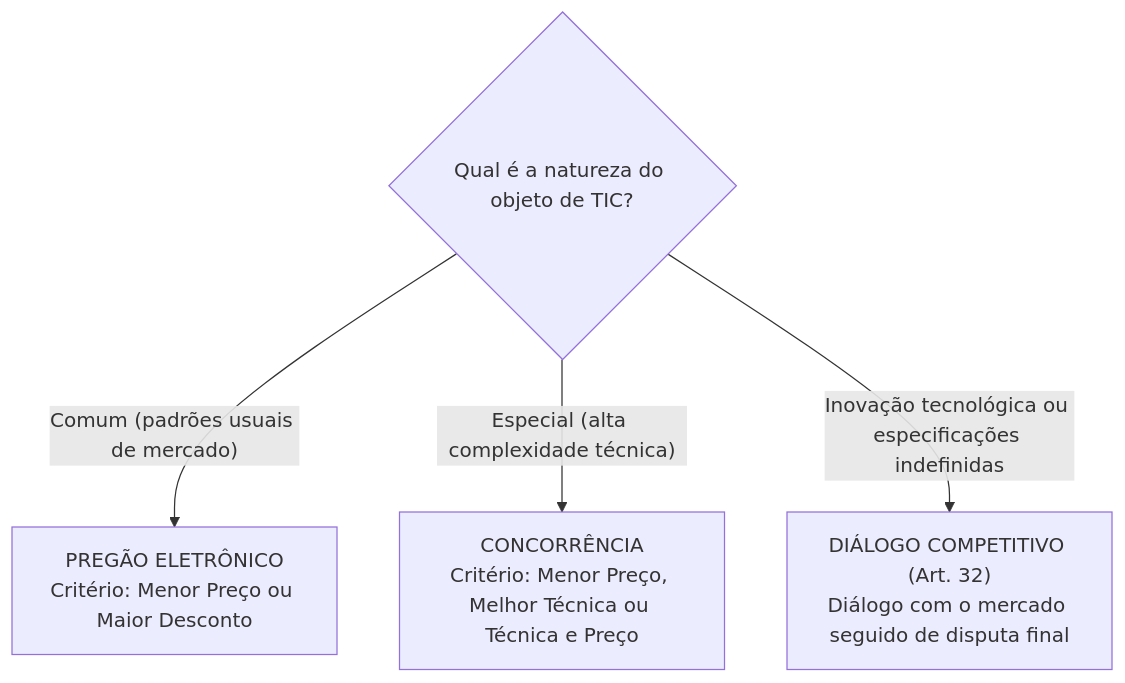
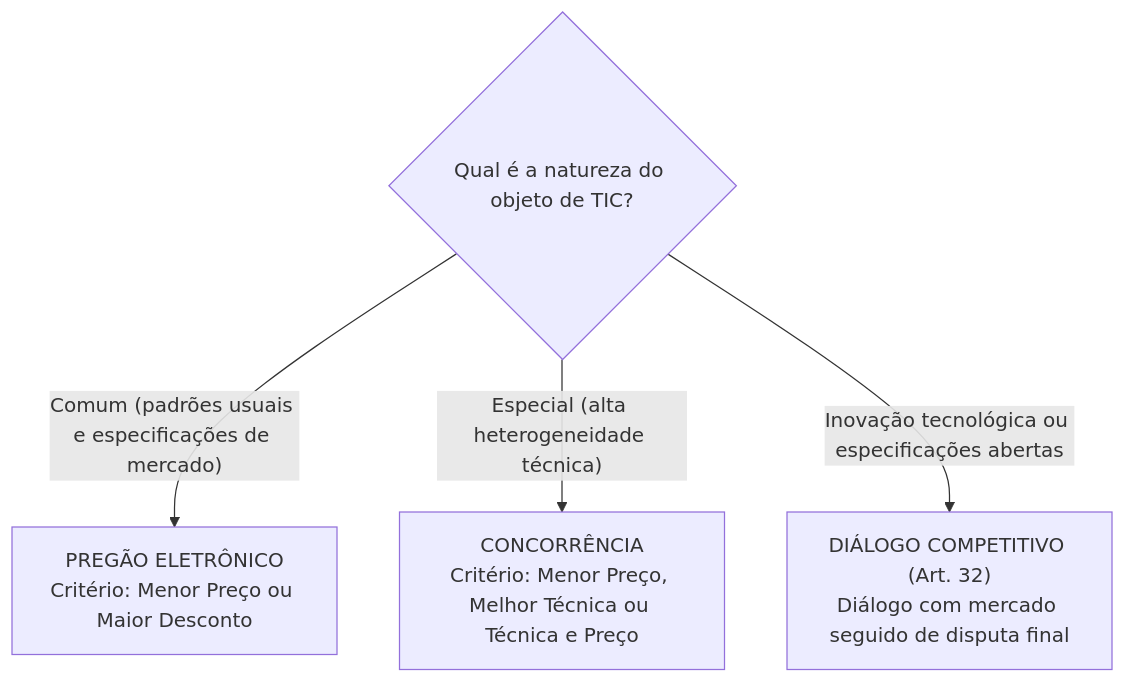
The third of 4 diagrams in fontes_de_estudo/conhecimentos_especificos_b02_ti/12_governanca_de_ti/04_contratacoes_de_tic_lei_14133_2021.md (thiagosantos346/TCE-GO-2027), drawn with Mermaid before and after one commit. The commit also changed other lines of this file and 119 other files, not shown here.

````diff
--- a/fontes_de_estudo/conhecimentos_especificos_b02_ti/12_governanca_de_ti/04_contratacoes_de_tic_lei_14133_2021.md
+++ b/fontes_de_estudo/conhecimentos_especificos_b02_ti/12_governanca_de_ti/04_contratacoes_de_tic_lei_14133_2021.md
@@ -166,8 +135,8 @@
 ```mermaid
 flowchart TD
     OBJETO{"Qual é a natureza do objeto de TIC?"}
     
-    OBJETO -- "Comum (padrões usuais de mercado)" --> PREGAO["PREGÃO ELETRÔNICO<br/>Critério: Menor Preço ou Maior Desconto"]
-    OBJETO -- "Especial (alta complexidade técnica)" --> CONC["CONCORRÊNCIA<br/>Critério: Menor Preço, Melhor Técnica ou Técnica e Preço"]
-    OBJETO -- "Inovação tecnológica ou especificações indefinidas" --> DIALOGO["DIÁLOGO COMPETITIVO (Art. 32)<br/>Diálogo com o mercado seguido de disputa final"]
+    OBJETO -- "Comum (padrões usuais e especificações de mercado)" --> PREGAO["PREGÃO ELETRÔNICO<br/>Critério: Menor Preço ou Maior Desconto"]
+    OBJETO -- "Especial (alta heterogeneidade técnica)" --> CONC["CONCORRÊNCIA<br/>Critério: Menor Preço, Melhor Técnica ou Técnica e Preço"]
+    OBJETO -- "Inovação tecnológica ou especificações abertas" --> DIALOGO["DIÁLOGO COMPETITIVO (Art. 32)<br/>Diálogo com mercado seguido de disputa final"]
 ```
````
